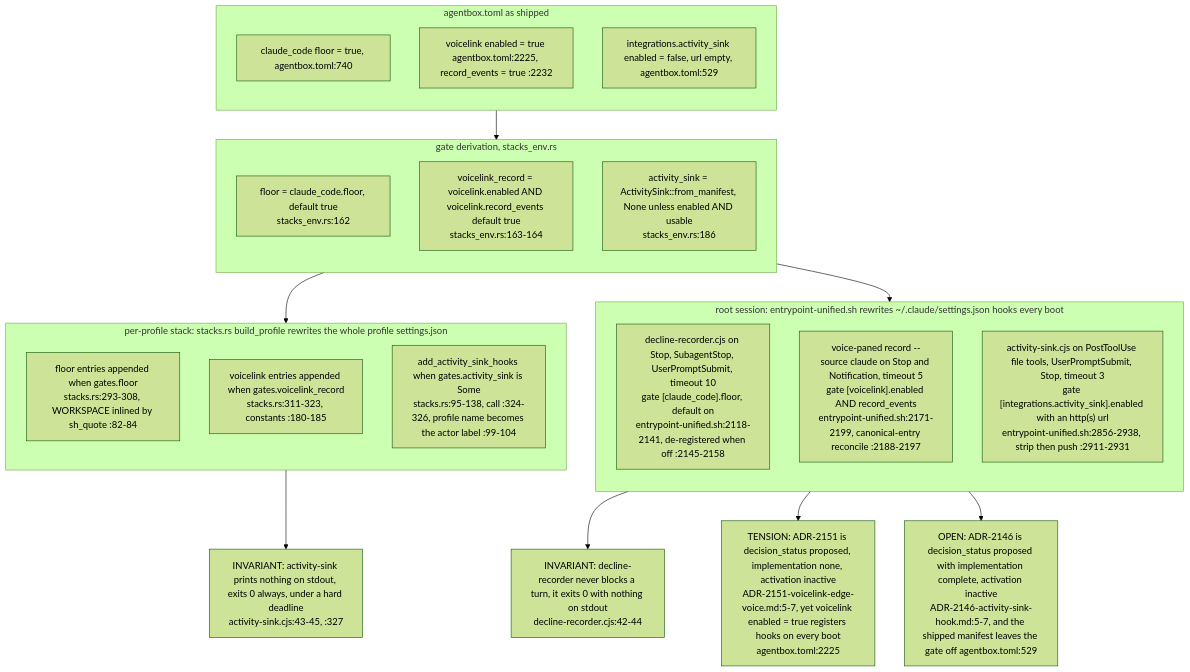
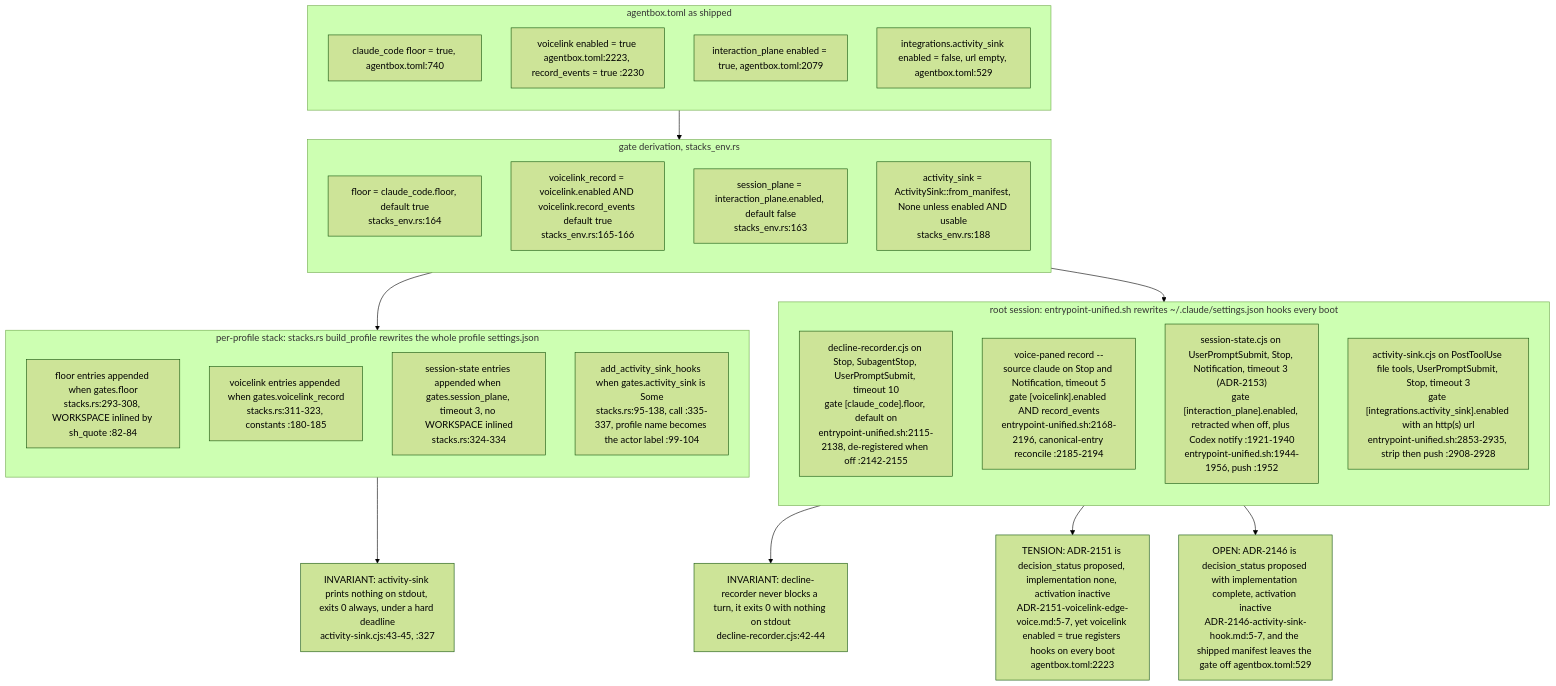
Before and after one commit to DreamLab-AI/VisionFlow: diagram 13 of 13 in docs/diagrams/agentbox/08-hooks-pipeline.md, drawn with Mermaid (forest theme). The commit also changed other lines of this file and 145 other files, not shown here.

````diff
--- a/docs/diagrams/agentbox/08-hooks-pipeline.md
+++ b/docs/diagrams/agentbox/08-hooks-pipeline.md
@@ -578,37 +579,41 @@
 ```mermaid
 flowchart TB
     subgraph ROOT["root session: entrypoint-unified.sh rewrites ~/.claude/settings.json hooks every boot"]
     direction TB
-    R1["decline-recorder.cjs on Stop, SubagentStop, UserPromptSubmit, timeout 10<br/>gate [claude_code].floor, default on<br/>entrypoint-unified.sh:2118-2141, de-registered when off :2145-2158"]
-    R2["voice-paned record --source claude on Stop and Notification, timeout 5<br/>gate [voicelink].enabled AND record_events<br/>entrypoint-unified.sh:2171-2199, canonical-entry reconcile :2188-2197"]
-    R3["activity-sink.cjs on PostToolUse file tools, UserPromptSubmit, Stop, timeout 3<br/>gate [integrations.activity_sink].enabled with an http(s) url<br/>entrypoint-unified.sh:2856-2938, strip then push :2911-2931"]
+    R1["decline-recorder.cjs on Stop, SubagentStop, UserPromptSubmit, timeout 10<br/>gate [claude_code].floor, default on<br/>entrypoint-unified.sh:2115-2138, de-registered when off :2142-2155"]
+    R2["voice-paned record --source claude on Stop and Notification, timeout 5<br/>gate [voicelink].enabled AND record_events<br/>entrypoint-unified.sh:2168-2196, canonical-entry reconcile :2185-2194"]
+    R4["session-state.cjs on UserPromptSubmit, Stop, Notification, timeout 3 (ADR-2153)<br/>gate [interaction_plane].enabled, retracted when off, plus Codex notify :1921-1940<br/>entrypoint-unified.sh:1944-1956, push :1952"]
+    R3["activity-sink.cjs on PostToolUse file tools, UserPromptSubmit, Stop, timeout 3<br/>gate [integrations.activity_sink].enabled with an http(s) url<br/>entrypoint-unified.sh:2853-2935, strip then push :2908-2928"]
     end
     subgraph PROF["per-profile stack: stacks.rs build_profile rewrites the whole profile settings.json"]
     direction TB
     P1["floor entries appended when gates.floor<br/>stacks.rs:293-308, WORKSPACE inlined by sh_quote :82-84"]
     P2["voicelink entries appended when gates.voicelink_record<br/>stacks.rs:311-323, constants :180-185"]
-    P3["add_activity_sink_hooks when gates.activity_sink is Some<br/>stacks.rs:95-138, call :324-326, profile name becomes the actor label :99-104"]
+    P4["session-state entries appended when gates.session_plane, timeout 3, no WORKSPACE inlined<br/>stacks.rs:324-334"]
+    P3["add_activity_sink_hooks when gates.activity_sink is Some<br/>stacks.rs:95-138, call :335-337, profile name becomes the actor label :99-104"]
     end
     subgraph GATE["gate derivation, stacks_env.rs"]
     direction TB
-    G1["floor = claude_code.floor, default true<br/>stacks_env.rs:162"]
-    G2["voicelink_record = voicelink.enabled AND voicelink.record_events default true<br/>stacks_env.rs:163-164"]
-    G3["activity_sink = ActivitySink::from_manifest, None unless enabled AND usable<br/>stacks_env.rs:186"]
+    G1["floor = claude_code.floor, default true<br/>stacks_env.rs:164"]
+    G2["voicelink_record = voicelink.enabled AND voicelink.record_events default true<br/>stacks_env.rs:165-166"]
+    G4["session_plane = interaction_plane.enabled, default false<br/>stacks_env.rs:163"]
+    G3["activity_sink = ActivitySink::from_manifest, None unless enabled AND usable<br/>stacks_env.rs:188"]
     end
     subgraph MAN["agentbox.toml as shipped"]
     direction TB
     M1["claude_code floor = true, agentbox.toml:740"]
-    M2["voicelink enabled = true agentbox.toml:2225, record_events = true :2232"]
+    M2["voicelink enabled = true agentbox.toml:2223, record_events = true :2230"]
+    M4["interaction_plane enabled = true, agentbox.toml:2079"]
     M3["integrations.activity_sink enabled = false, url empty, agentbox.toml:529"]
     end
     MAN --> GATE --> PROF
     GATE --> ROOT
     NOTE1["INVARIANT: decline-recorder never blocks a turn, it exits 0 with nothing on stdout<br/>decline-recorder.cjs:42-44"]
     NOTE2["INVARIANT: activity-sink prints nothing on stdout, exits 0 always, under a hard deadline<br/>activity-sink.cjs:43-45, :327"]
-    NOTE3["TENSION: ADR-2151 is decision_status proposed, implementation none, activation inactive<br/>ADR-2151-voicelink-edge-voice.md:5-7, yet voicelink enabled = true registers hooks on every boot<br/>agentbox.toml:2225"]
+    NOTE3["TENSION: ADR-2151 is decision_status proposed, implementation none, activation inactive<br/>ADR-2151-voicelink-edge-voice.md:5-7, yet voicelink enabled = true registers hooks on every boot<br/>agentbox.toml:2223"]
     NOTE4["OPEN: ADR-2146 is decision_status proposed with implementation complete, activation inactive<br/>ADR-2146-activity-sink-hook.md:5-7, and the shipped manifest leaves the gate off agentbox.toml:529"]
     ROOT --> NOTE1
     PROF --> NOTE2
     ROOT --> NOTE3
     ROOT --> NOTE4
 ```
````
